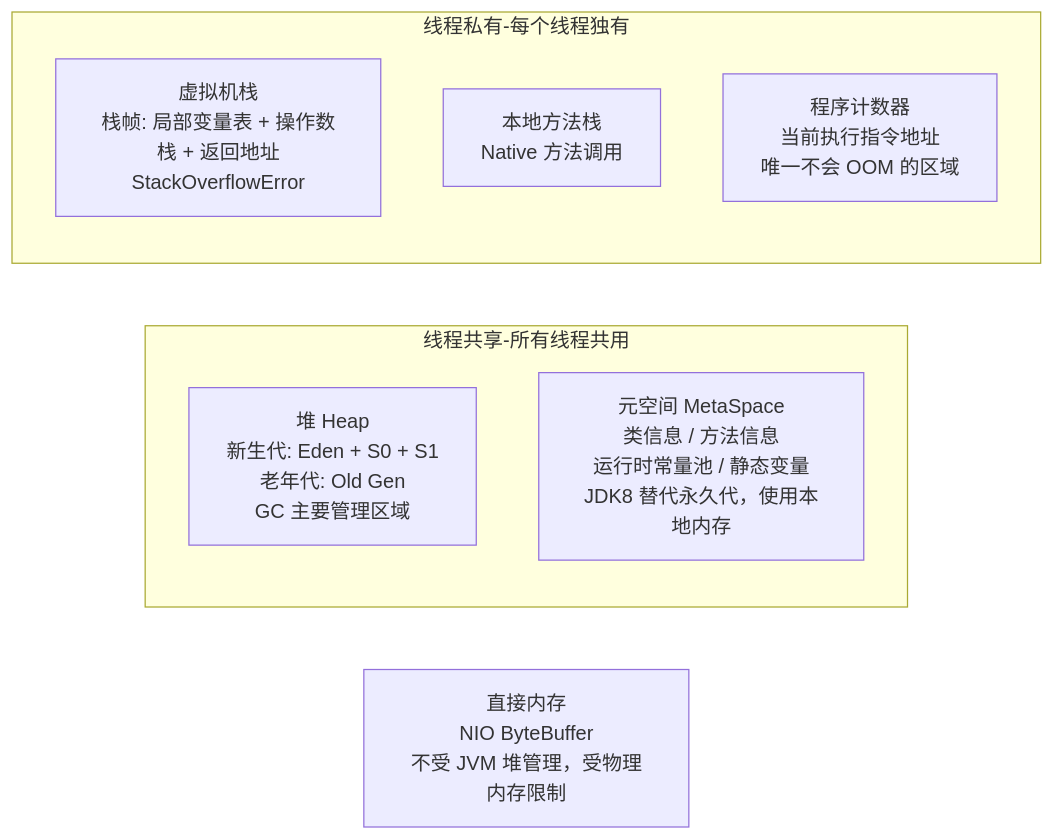
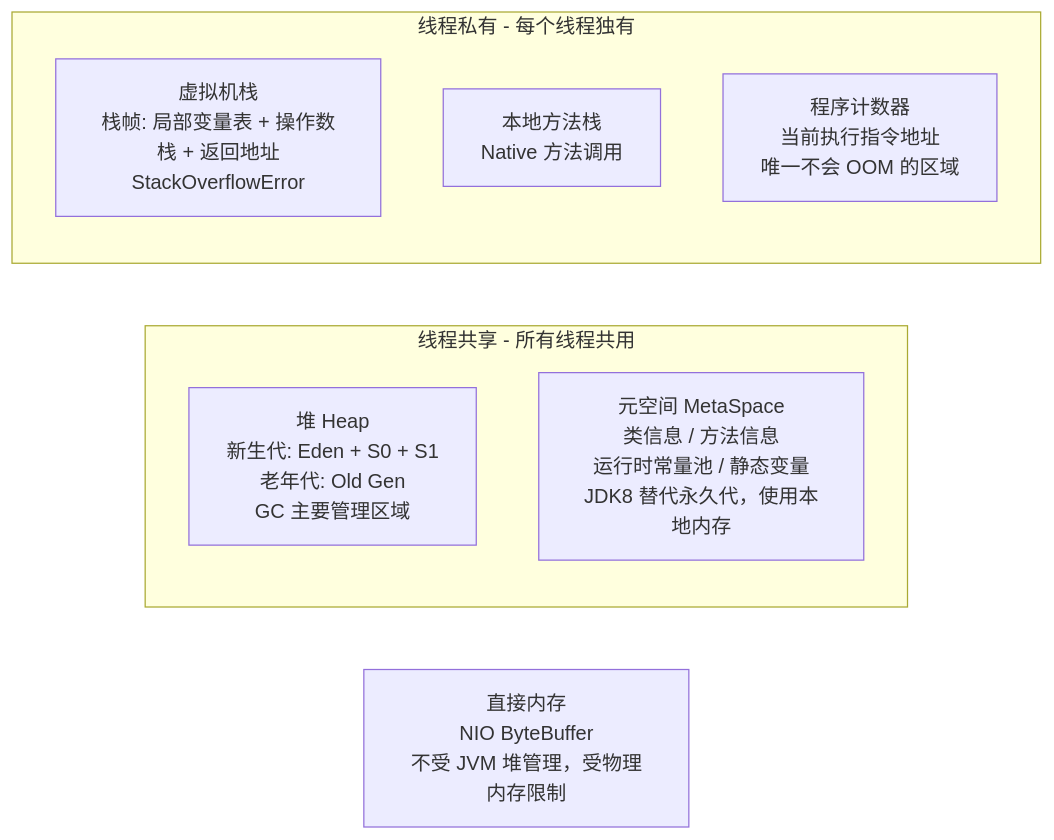
The first of 6 diagrams in 01-java-basic/04-JVM内存结构与GC.md (b1tzer/b1tzer.github.io), drawn with Mermaid before and after one commit. The commit also changed 2 other files, not shown here.

Commit message:
fix: 缓存三大问题流程图改为三行垂直展示

````diff
--- a/01-java-basic/04-JVM内存结构与GC.md
+++ b/01-java-basic/04-JVM内存结构与GC.md
@@ -60,13 +60,13 @@
 ```mermaid
 flowchart LR
-    subgraph 线程共享-所有线程共用
+    subgraph sg1["线程共享 - 所有线程共用"]
         Heap["堆 Heap<br/>新生代: Eden + S0 + S1<br/>老年代: Old Gen<br/>GC 主要管理区域"]
         MetaSpace["元空间 MetaSpace<br/>类信息 / 方法信息<br/>运行时常量池 / 静态变量<br/>JDK8 替代永久代，使用本地内存"]
     end
-    subgraph 线程私有-每个线程独有
+    subgraph sg2["线程私有 - 每个线程独有"]
         Stack["虚拟机栈<br/>栈帧: 局部变量表 + 操作数栈 + 返回地址<br/>StackOverflowError"]
         NativeStack["本地方法栈<br/>Native 方法调用"]
         PC["程序计数器<br/>当前执行指令地址<br/>唯一不会 OOM 的区域"]
     end
     DirectMem["直接内存<br/>NIO ByteBuffer<br/>不受 JVM 堆管理，受物理内存限制"]
 ```
````
